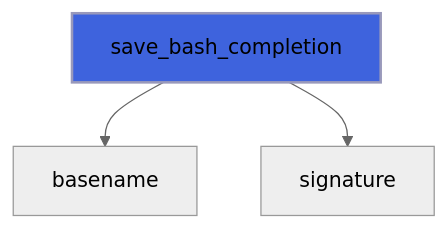
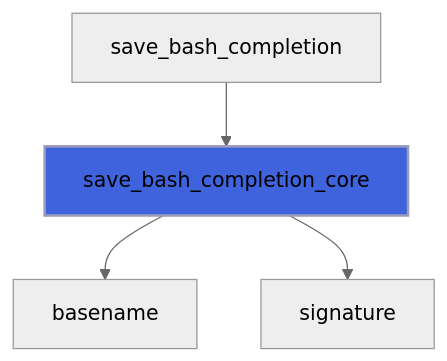
Diagram 36 of 57 in docs/api/src/lib/flap_command_line_interface_t.md (szaghi/FLAP), drawn with Mermaid (neutral theme) before and after one commit. The commit also changed other lines of this file and 17 other files, not shown here.

````diff
--- a/docs/api/src/lib/flap_command_line_interface_t.md
+++ b/docs/api/src/lib/flap_command_line_interface_t.md
@@ -958,6 +1378,7 @@
 ```mermaid
 flowchart TD
-  save_bash_completion["save_bash_completion"] --> basename["basename"]
-  save_bash_completion["save_bash_completion"] --> signature["signature"]
-  style save_bash_completion fill:#3e63dd,stroke:#99b,stroke-width:2px
+  save_bash_completion["save_bash_completion"] --> save_bash_completion_core["save_bash_completion_core"]
+  save_bash_completion_core["save_bash_completion_core"] --> basename["basename"]
+  save_bash_completion_core["save_bash_completion_core"] --> signature["signature"]
+  style save_bash_completion_core fill:#3e63dd,stroke:#99b,stroke-width:2px
 ```
````
